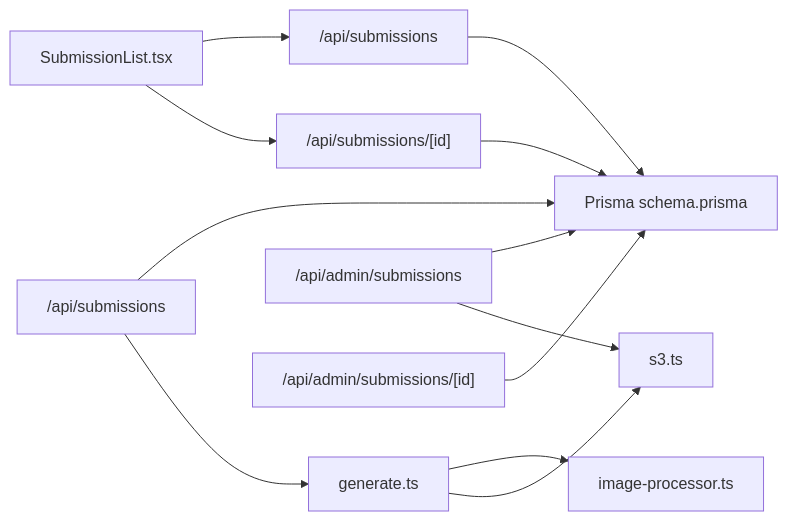
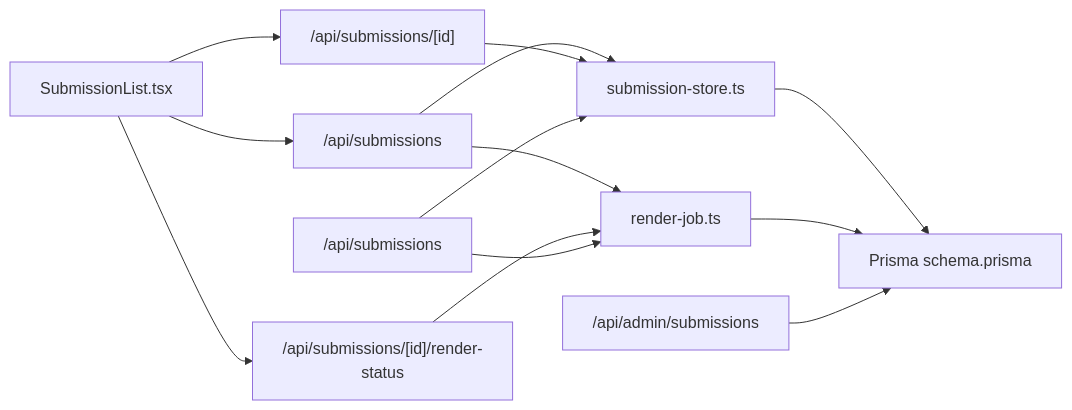
One commit to Crowdspender/titchybooks-app changed the sixth of 6 diagrams in .qoder/repowiki/en/content/User Dashboard/Submission Tracking and Management.md. Above: the diagram before and after it, drawn with Mermaid. The commit also changed other lines of this file and 23 other files, not shown here.

````diff
--- a/.qoder/repowiki/en/content/User Dashboard/Submission Tracking and Management.md
+++ b/.qoder/repowiki/en/content/User Dashboard/Submission Tracking and Management.md
@@ -345,14 +398,15 @@
 ```mermaid
 graph LR
 UI["SubmissionList.tsx"] --> API_SUB["/api/submissions"]
 UI --> API_SINGLE["/api/submissions/[id]"]
-API_SUB --> PRISMA["Prisma schema.prisma"]
-API_SINGLE --> PRISMA
-API_CREATE["/api/submissions"] --> PRISMA
-API_CREATE --> PDFGEN["generate.ts"]
-PDFGEN --> IMGPROC["image-processor.ts"]
-PDFGEN --> S3LIB["s3.ts"]
+UI --> API_STATUS["/api/submissions/[id]/render-status"]
+API_SUB --> STORE["submission-store.ts"]
+API_SUB --> QUEUE["render-job.ts"]
+API_SINGLE --> STORE
+API_STATUS --> QUEUE
+API_CREATE["/api/submissions"] --> STORE
+API_CREATE --> QUEUE
+STORE --> PRISMA["Prisma schema.prisma"]
+QUEUE --> PRISMA
 ADMIN_LIST["/api/admin/submissions"] --> PRISMA
-ADMIN_LIST --> S3LIB
-ADMIN_ACTION["/api/admin/submissions/[id]"] --> PRISMA
 ```
````
